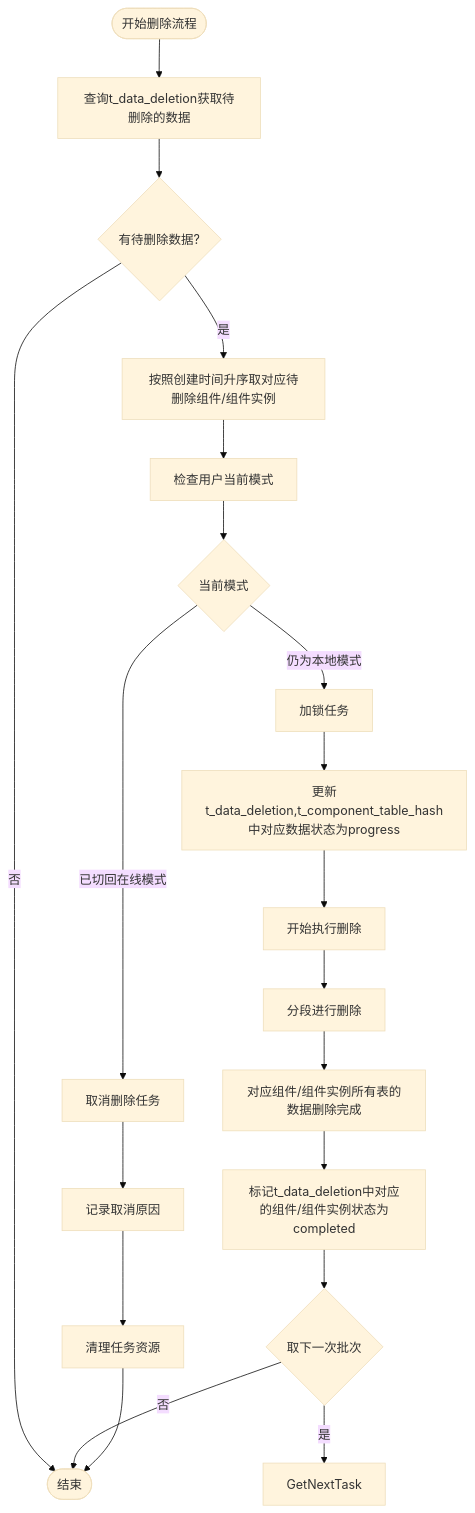
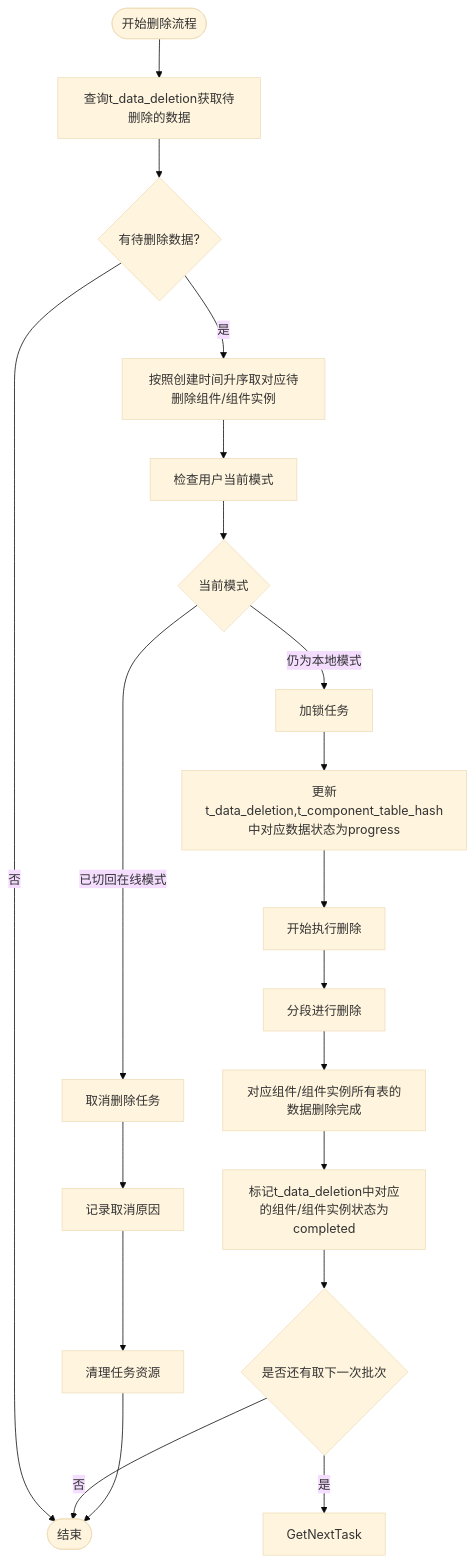
Before and after one commit to yingjianzh/iodraw-files: the diagram in all/未命名-51.md, drawn with Mermaid (base theme).

Commit message:
2025-05-08 15:36:14 update

````diff
--- a/all/未命名-51.md
+++ b/all/未命名-51.md
@@ -1,31 +1,31 @@
 ```mermaid
 flowchart TD
     Start([开始删除流程]) --> FetchTasks[查询t_data_deletion获取待删除的数据]
     FetchTasks --> HasTasks{有待删除数据?}
     
     HasTasks -->|否| End([结束])
     HasTasks -->|是| PrioritizeTasks[按照创建时间升序取对应待删除组件/组件实例]
     
     PrioritizeTasks --> CheckUserMode[检查用户当前模式]
     
     CheckUserMode --> CurrentMode{当前模式}
     CurrentMode -->|已切回在线模式| TaskCancel[取消删除任务]
     CurrentMode -->|仍为本地模式| LockTask[加锁任务]
     
     LockTask --> UpdateStatus[更新t_data_deletion,t_component_table_hash中对应数据状态为progress]
     UpdateStatus --> BeginDeletion[开始执行删除]
     
     BeginDeletion --> A[分段进行删除]
     
     A --> B[对应组件/组件实例所有表的数据删除完成]
     B --> MarkCompleted[标记t_data_deletion中对应的组件/组件实例状态为completed]
     
     TaskCancel --> LogCancellation[记录取消原因]
     LogCancellation --> CleanupTask[清理任务资源]
     
-    MarkCompleted --> CheckMoreTasks{取下一次批次}
+    MarkCompleted --> CheckMoreTasks{是否还有取下一次批次}
     CheckMoreTasks -->|是| GetNextTask
     CheckMoreTasks -->|否| End
     
     CleanupTask --> End
 ```
````
